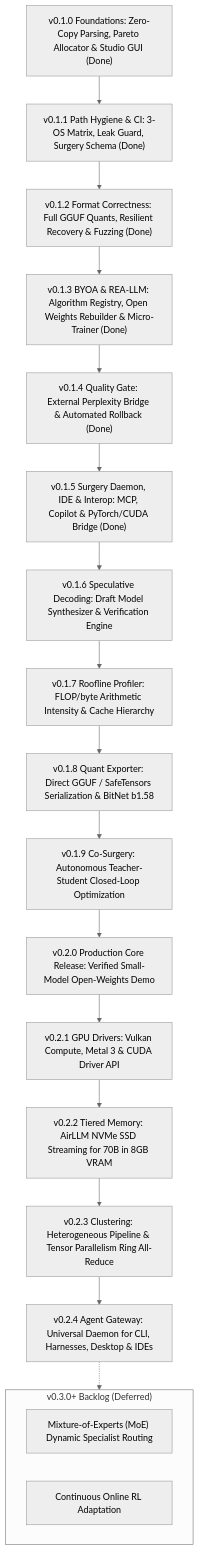
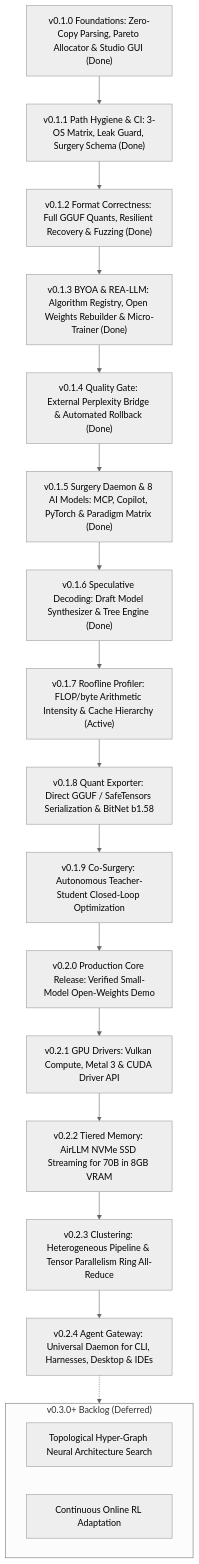
One commit to EdEpiphanes/THME-Epiphanes changed the diagram in README.md. Above: the diagram before and after it, drawn with Mermaid (neutral theme). The commit also changed other lines of this file and 3 other files, not shown here.

Commit message:
docs(roadmap): mark v0.1.6 completed, update graph, and expand v0.1.7-v0.2.4 checklists

````diff
--- a/README.md
+++ b/README.md
@@ -594,27 +594,27 @@
 ```mermaid
 flowchart TD
     v010["v0.1.0 Foundations: Zero-Copy Parsing, Pareto Allocator & Studio GUI (Done)"]
     v011["v0.1.1 Path Hygiene & CI: 3-OS Matrix, Leak Guard, Surgery Schema (Done)"]
     v012["v0.1.2 Format Correctness: Full GGUF Quants, Resilient Recovery & Fuzzing (Done)"]
     v013["v0.1.3 BYOA & REA-LLM: Algorithm Registry, Open Weights Rebuilder & Micro-Trainer (Done)"]
     v014["v0.1.4 Quality Gate: External Perplexity Bridge & Automated Rollback (Done)"]
-    v015["v0.1.5 Surgery Daemon, IDE & Interop: MCP, Copilot & PyTorch/CUDA Bridge (Done)"]
-    v016["v0.1.6 Speculative Decoding: Draft Model Synthesizer & Verification Engine"]
-    v017["v0.1.7 Roofline Profiler: FLOP/byte Arithmetic Intensity & Cache Hierarchy"]
+    v015["v0.1.5 Surgery Daemon & 8 AI Models: MCP, Copilot, PyTorch & Paradigm Matrix (Done)"]
+    v016["v0.1.6 Speculative Decoding: Draft Model Synthesizer & Tree Engine (Done)"]
+    v017["v0.1.7 Roofline Profiler: FLOP/byte Arithmetic Intensity & Cache Hierarchy (Active)"]
     v018["v0.1.8 Quant Exporter: Direct GGUF / SafeTensors Serialization & BitNet b1.58"]
     v019["v0.1.9 Co-Surgery: Autonomous Teacher-Student Closed-Loop Optimization"]
     v020["v0.2.0 Production Core Release: Verified Small-Model Open-Weights Demo"]
     v021["v0.2.1 GPU Drivers: Vulkan Compute, Metal 3 & CUDA Driver API"]
     v022["v0.2.2 Tiered Memory: AirLLM NVMe SSD Streaming for 70B in 8GB VRAM"]
     v023["v0.2.3 Clustering: Heterogeneous Pipeline & Tensor Parallelism Ring All-Reduce"]
     v024["v0.2.4 Agent Gateway: Universal Daemon for CLI, Harnesses, Desktop & IDEs"]
 
     v010 --> v011 --> v012 --> v013 --> v014 --> v015 --> v016 --> v017 --> v018 --> v019 --> v020 --> v021 --> v022 --> v023 --> v024
 
     subgraph Backlog_v03 ["v0.3.0+ Backlog (Deferred)"]
-        v031["Mixture-of-Experts (MoE) Dynamic Specialist Routing"]
+        v031["Topological Hyper-Graph Neural Architecture Search"]
         v032["Continuous Online RL Adaptation"]
     end
 
     v024 -.-> Backlog_v03
 ```
````
